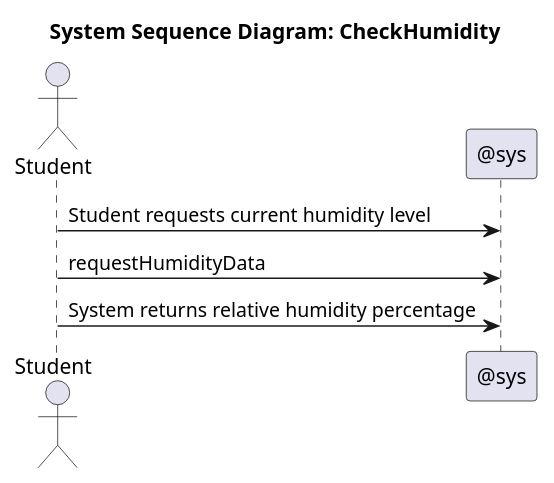
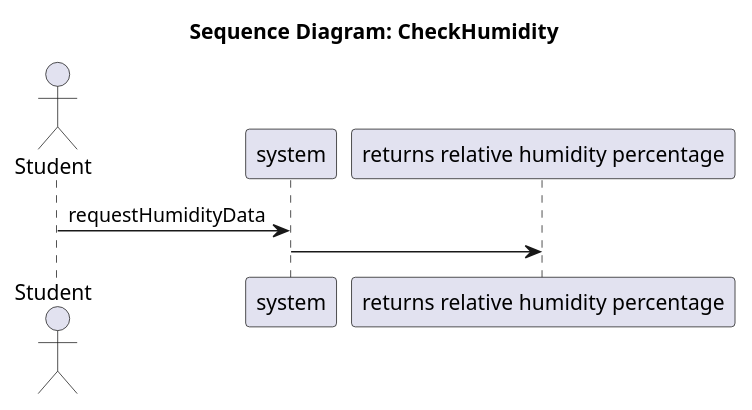
Before and after one commit to SEP4Real/SEP4: the diagram in Documentation/Analysis/ssds/StudyHelper_CheckHumidity.ssd.puml, drawn with PlantUML. The commit also changed 46 other files, not shown here.

```diff
--- a/Documentation/Analysis/ssds/StudyHelper_CheckHumidity.ssd.puml
+++ b/Documentation/Analysis/ssds/StudyHelper_CheckHumidity.ssd.puml
@@ -1,8 +1,9 @@
-@startuml StudyHelper_CheckHumidity_SSD
-title System Sequence Diagram: CheckHumidity
+@startuml
+title Sequence Diagram: CheckHumidity
 actor "Student" as Actor
-participant "@sys" as System
-Actor -> System : Student requests current humidity level
+participant "system" as System
+participant "returns relative humidity percentage" as returns_relative_humidity_percentage
+
 Actor -> System : requestHumidityData
-Actor -> System : System returns relative humidity percentage
+System -> returns_relative_humidity_percentage : 
 @enduml
```
